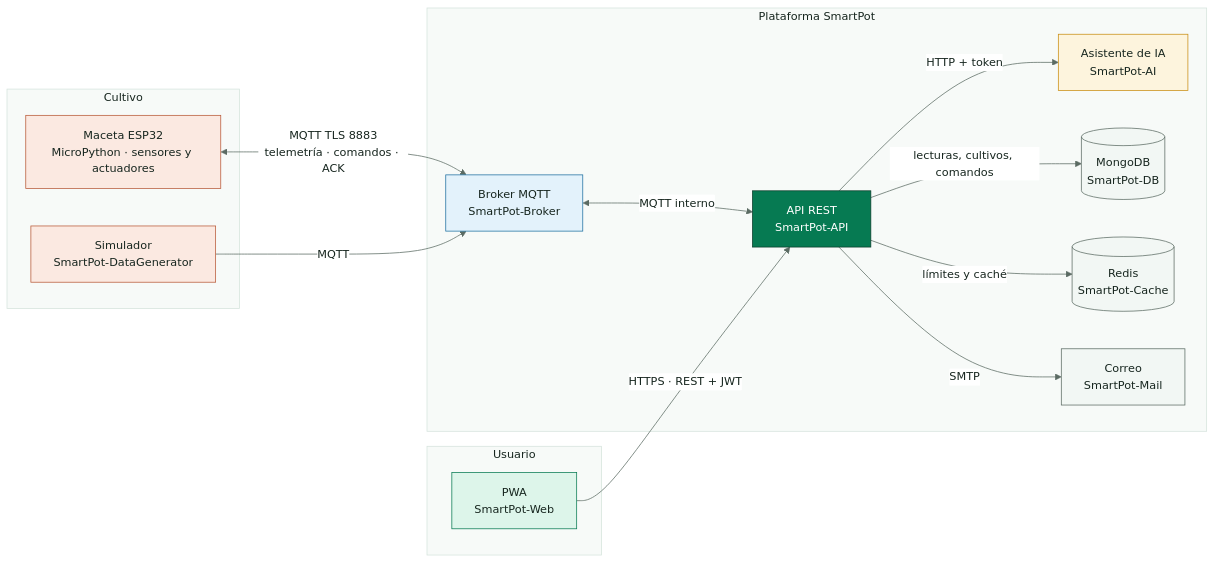
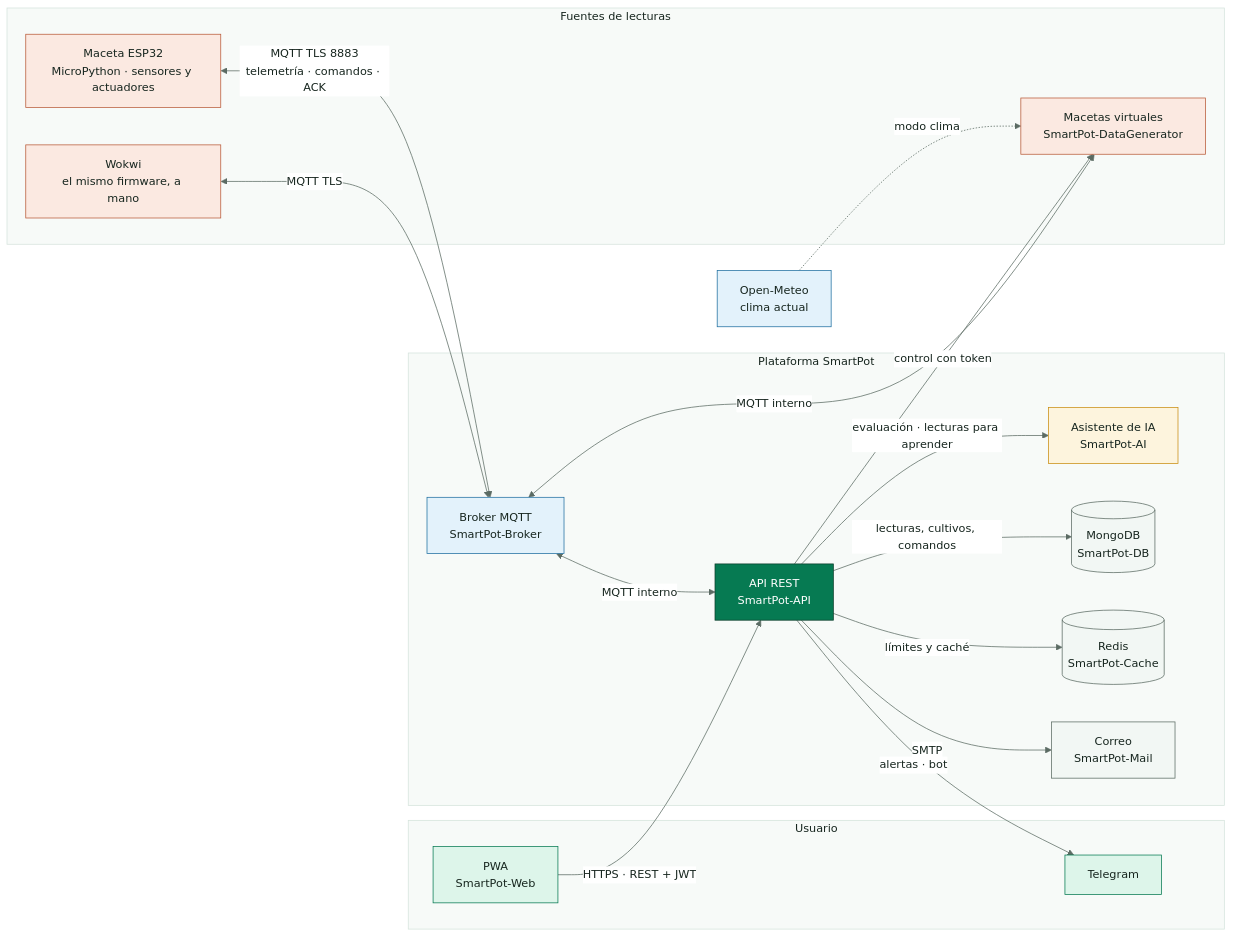
One commit to SmartPotTech/.github changed the diagram in docs/diagramas/SmartPot_01_Arquitectura.mmd. Above: the diagram before and after it, drawn with Mermaid. The commit also changed 1 other file, not shown here.

Commit message:
Update the architecture diagram

```diff
--- a/docs/diagramas/SmartPot_01_Arquitectura.mmd
+++ b/docs/diagramas/SmartPot_01_Arquitectura.mmd
@@ -1,37 +1,44 @@
 %%{init: {"theme": "base", "fontFamily": "Segoe UI, Arial, sans-serif", "themeVariables": {"fontFamily": "Segoe UI, Arial, sans-serif", "fontSize": "15px", "primaryColor": "#DDF5EA", "primaryTextColor": "#17261F", "primaryBorderColor": "#067A52", "secondaryColor": "#E3F2FB", "secondaryTextColor": "#17261F", "secondaryBorderColor": "#1F6FA0", "tertiaryColor": "#F2F7F4", "tertiaryTextColor": "#17261F", "tertiaryBorderColor": "#D5E3DC", "lineColor": "#5B6B63", "textColor": "#17261F", "mainBkg": "#DDF5EA", "nodeBorder": "#067A52", "clusterBkg": "#F7FAF8", "clusterBorder": "#D5E3DC", "edgeLabelBackground": "#FFFFFF", "actorBkg": "#067A52", "actorBorder": "#0B3D2B", "actorTextColor": "#FFFFFF", "actorLineColor": "#5B6B63", "signalColor": "#17261F", "signalTextColor": "#17261F", "labelBoxBkgColor": "#0B3D2B", "labelBoxBorderColor": "#0B3D2B", "labelTextColor": "#FFFFFF", "loopTextColor": "#0B3D2B", "noteBkgColor": "#FDF4DD", "noteBorderColor": "#C98D12", "noteTextColor": "#17261F", "activationBkgColor": "#DDF5EA", "activationBorderColor": "#067A52", "attributeBackgroundColorOdd": "#FFFFFF", "attributeBackgroundColorEven": "#F2F7F4"}}}%%
 flowchart LR
-  subgraph campo["Cultivo"]
+  subgraph campo["Fuentes de lecturas"]
     maceta["Maceta ESP32<br/>MicroPython · sensores y actuadores"]
-    sim["Simulador<br/>SmartPot-DataGenerator"]
+    wokwi["Wokwi<br/>el mismo firmware, a mano"]
+    sim["Macetas virtuales<br/>SmartPot-DataGenerator"]
   end
   subgraph usuario["Usuario"]
     pwa["PWA<br/>SmartPot-Web"]
+    tg["Telegram"]
   end
   subgraph plataforma["Plataforma SmartPot"]
     broker["Broker MQTT<br/>SmartPot-Broker"]
     api["API REST<br/>SmartPot-API"]
     ai["Asistente de IA<br/>SmartPot-AI"]
     db[("MongoDB<br/>SmartPot-DB")]
     cache[("Redis<br/>SmartPot-Cache")]
     mail["Correo<br/>SmartPot-Mail"]
   end
+  clima["Open-Meteo<br/>clima actual"]
   maceta <-->|"MQTT TLS 8883<br/>telemetría · comandos · ACK"| broker
-  sim -->|"MQTT"| broker
+  wokwi <-->|"MQTT TLS"| broker
+  sim <-->|"MQTT interno"| broker
+  clima -.->|"modo clima"| sim
   broker <-->|"MQTT interno"| api
   pwa -->|"HTTPS · REST + JWT"| api
-  api -->|"HTTP + token"| ai
+  api -->|"control con token"| sim
+  api -->|"evaluación · lecturas para aprender"| ai
   api -->|"lecturas, cultivos, comandos"| db
   api -->|"límites y caché"| cache
   api -->|"SMTP"| mail
+  api -->|"alertas · bot"| tg
   classDef device fill:#FBE9E1,stroke:#B85A38,color:#17261F
   classDef edge fill:#E3F2FB,stroke:#1F6FA0,color:#17261F
   classDef core fill:#067A52,stroke:#0B3D2B,color:#FFFFFF
   classDef data fill:#F2F7F4,stroke:#5B6B63,color:#17261F
   classDef brain fill:#FDF4DD,stroke:#C98D12,color:#17261F
   classDef app fill:#DDF5EA,stroke:#067A52,color:#17261F
-  class maceta,sim device
-  class broker edge
+  class maceta,wokwi,sim device
+  class broker,clima edge
   class api core
   class db,cache,mail data
   class ai brain
-  class pwa app
+  class pwa,tg app
```
